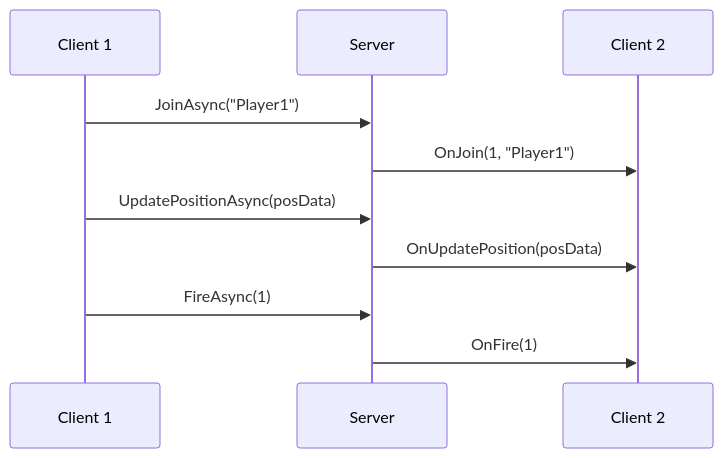
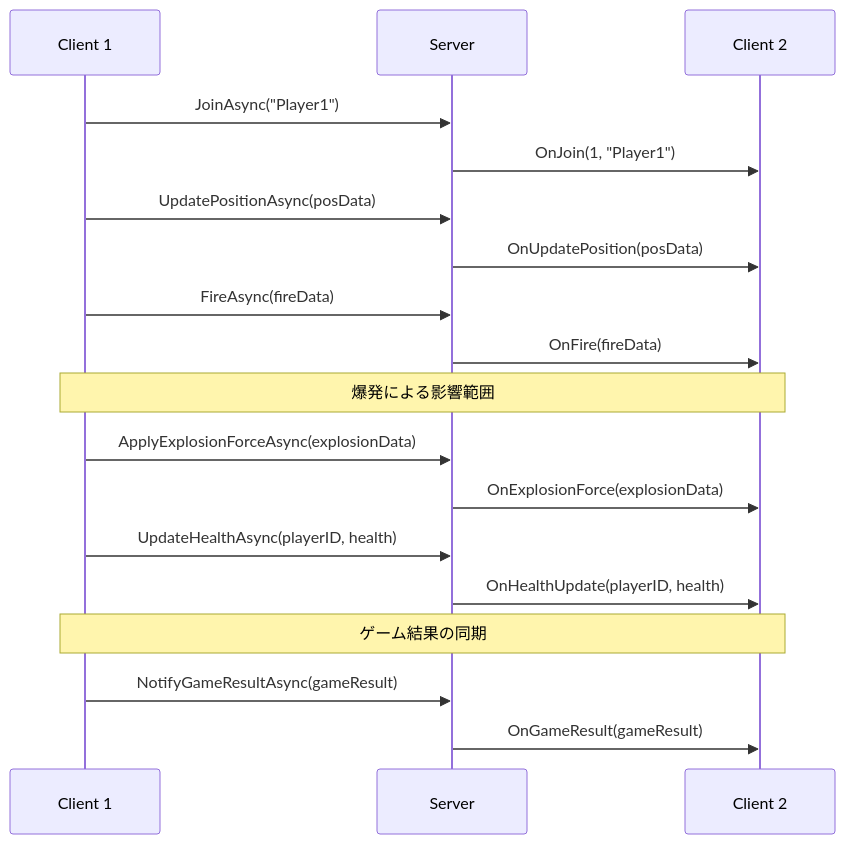
One commit to Kaguchi08/tanks_ex changed the second of 4 diagrams in DESIGN_DOCUMENT.md. Above: the diagram before and after it, drawn with Mermaid. The commit also changed other lines of this file, not shown here.

````diff
--- a/DESIGN_DOCUMENT.md
+++ b/DESIGN_DOCUMENT.md
@@ -108,15 +108,26 @@
 ```mermaid
 sequenceDiagram
     participant C1 as Client 1
     participant S as Server
     participant C2 as Client 2
     
     C1->>S: JoinAsync("Player1")
     S->>C2: OnJoin(1, "Player1")
     
     C1->>S: UpdatePositionAsync(posData)
     S->>C2: OnUpdatePosition(posData)
     
-    C1->>S: FireAsync(1)
-    S->>C2: OnFire(1)
+    C1->>S: FireAsync(fireData)
+    S->>C2: OnFire(fireData)
+    
+    Note over C1,C2: 爆発による影響範囲
+    C1->>S: ApplyExplosionForceAsync(explosionData)
+    S->>C2: OnExplosionForce(explosionData)
+    
+    C1->>S: UpdateHealthAsync(playerID, health)
+    S->>C2: OnHealthUpdate(playerID, health)
+    
+    Note over C1,C2: ゲーム結果の同期
+    C1->>S: NotifyGameResultAsync(gameResult)
+    S->>C2: OnGameResult(gameResult)
 ```
````
